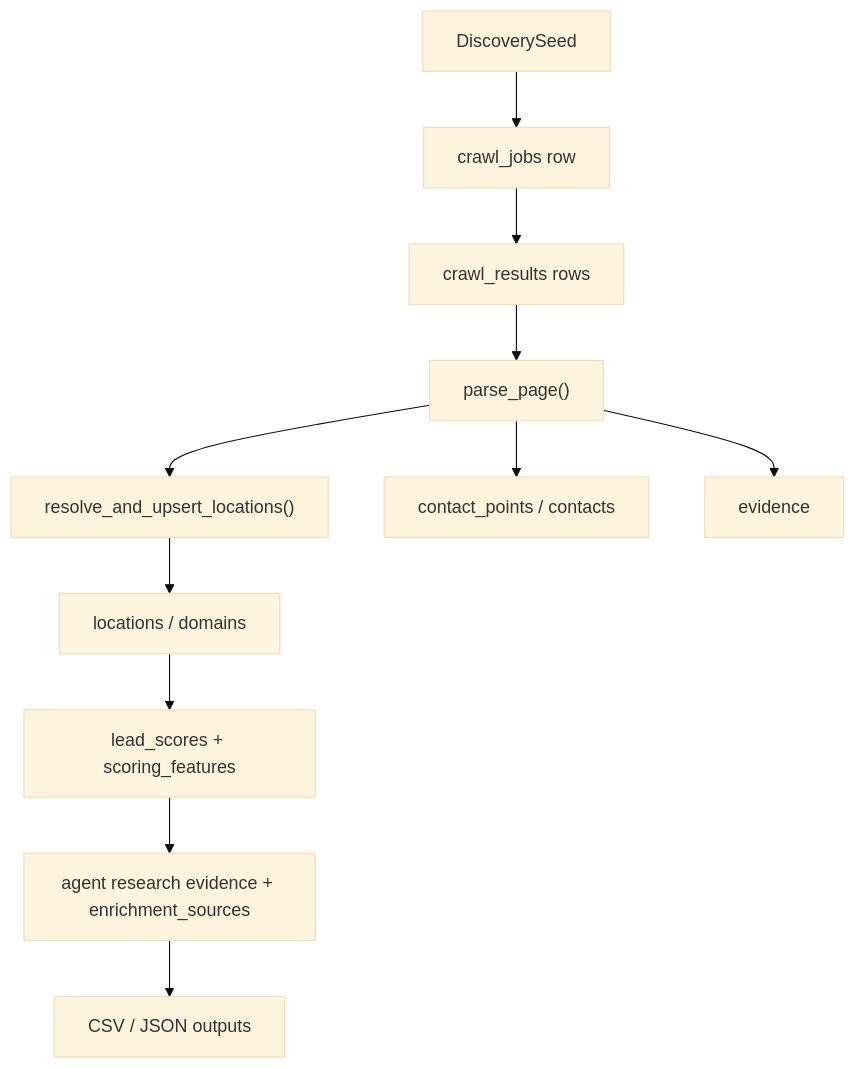
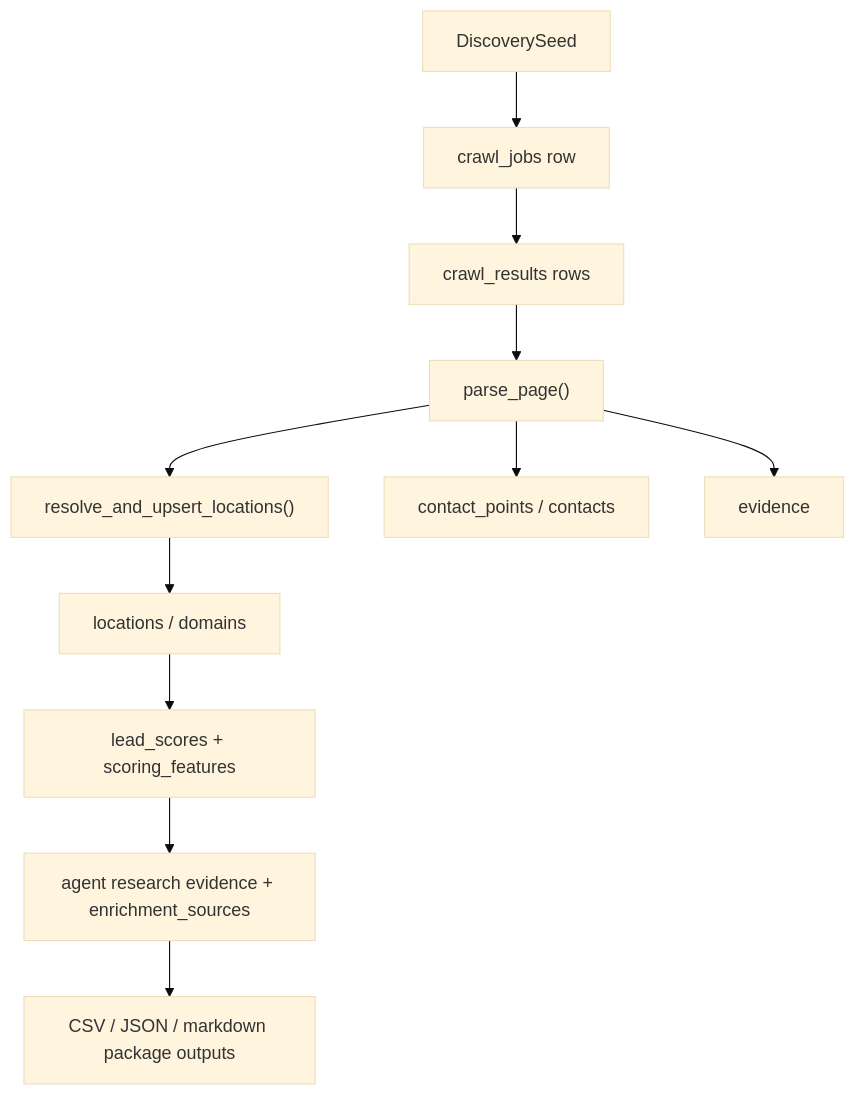
The fifth of 5 diagrams in docs/10-state-and-lifecycle.md (MikesHorcrux/ABAProviderIntelligenceEngine), drawn with Mermaid (base theme) before and after one commit. The commit also changed 16 other files, not shown here.

````diff
--- a/docs/10-state-and-lifecycle.md
+++ b/docs/10-state-and-lifecycle.md
@@ -223,13 +223,13 @@
 ```mermaid
 flowchart TD
     Seed["DiscoverySeed"] --> Job["crawl_jobs row"]
     Job --> Page["crawl_results rows"]
     Page --> Parse["parse_page()"]
     Parse --> Resolve["resolve_and_upsert_locations()"]
     Resolve --> Location["locations / domains"]
     Parse --> ContactPoints["contact_points / contacts"]
     Parse --> Evidence["evidence"]
     Location --> Score["lead_scores + scoring_features"]
     Score --> Research["agent research evidence + enrichment_sources"]
-    Research --> Export["CSV / JSON outputs"]
+    Research --> Export["CSV / JSON / markdown package outputs"]
 ```
````
